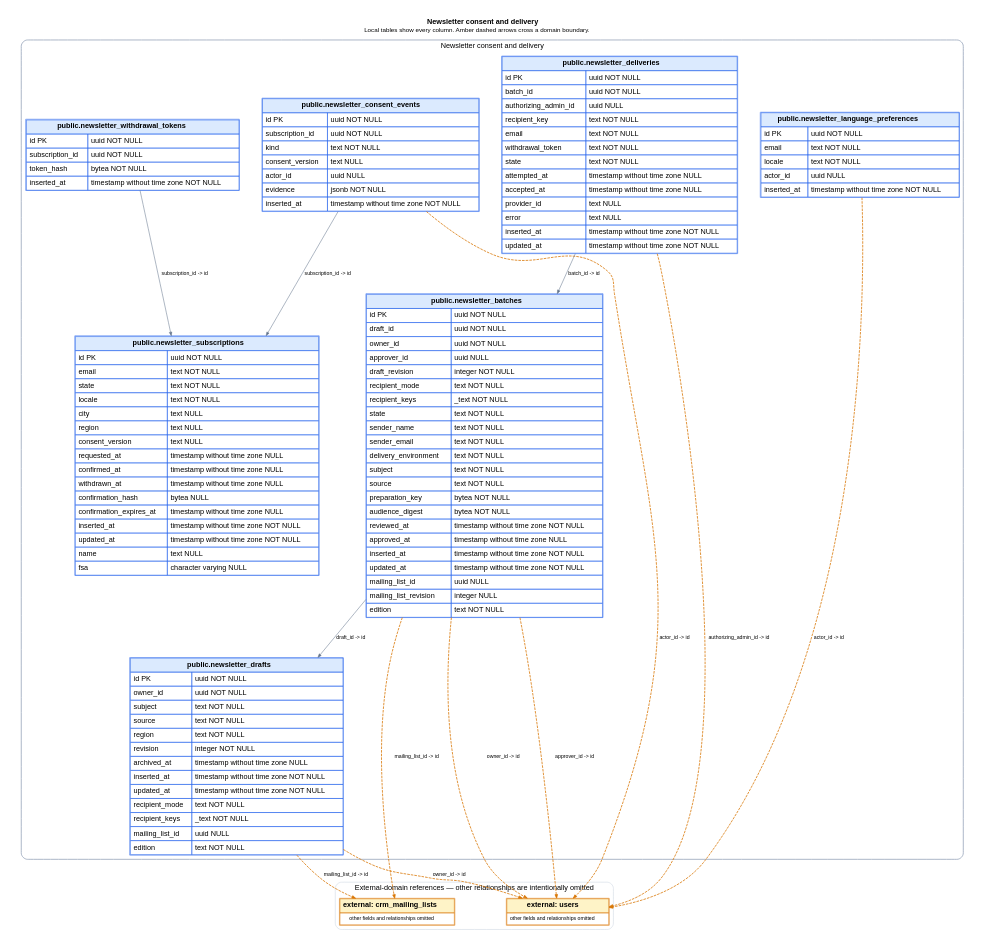
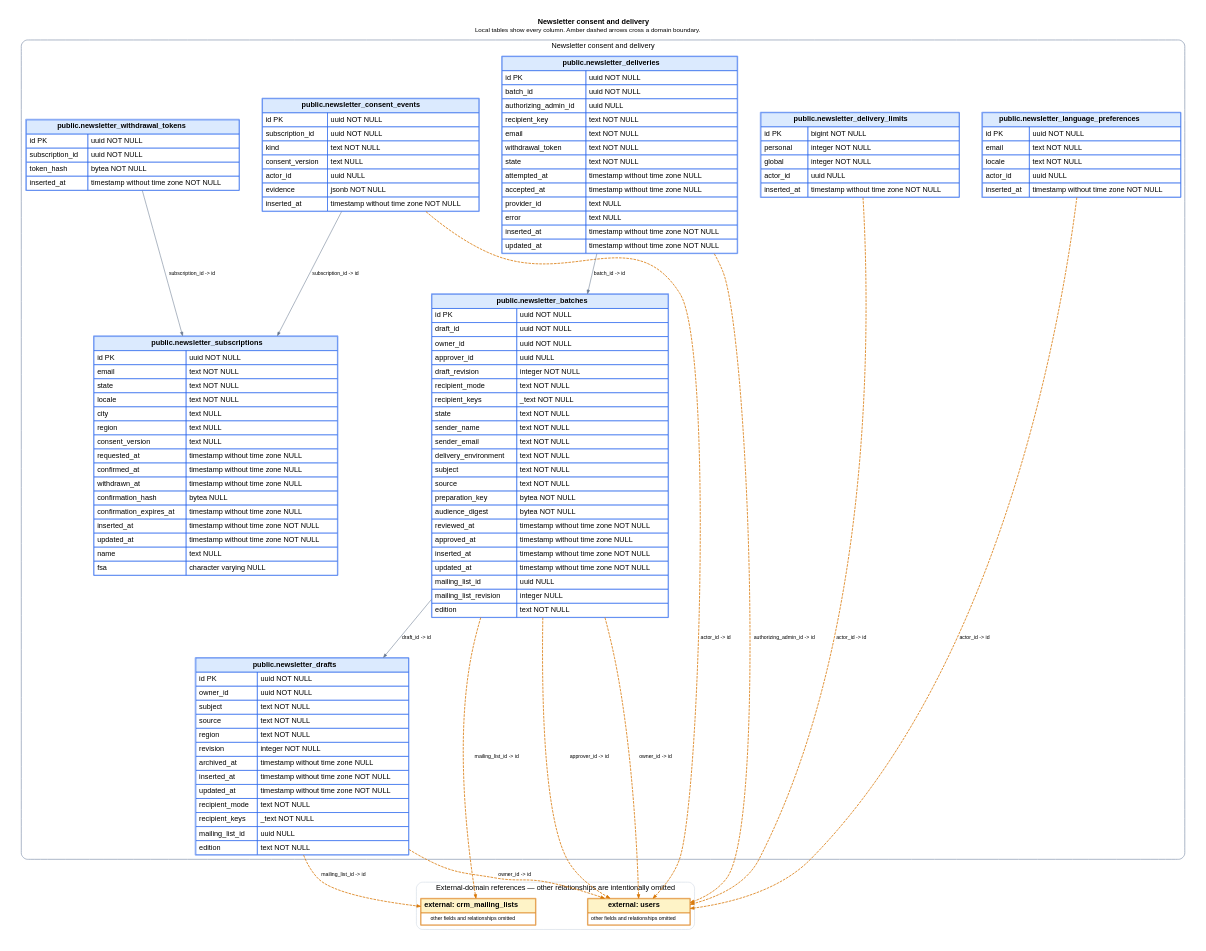
The diagram in docs/schema/domains/newsletter.dot (ogourment/pauseai.ca-website), drawn with Graphviz before and after one commit. The commit also changed 15 other files, not shown here.

Commit message:
Allow administrators to save newsletter hourly sending limits

```diff
--- a/docs/schema/domains/newsletter.dot
+++ b/docs/schema/domains/newsletter.dot
@@ -1,97 +1,105 @@
 digraph newsletter {
   graph [rankdir=TB, bgcolor="white", pad=0.35, nodesep=0.6, ranksep=0.9, fontname="Helvetica"];
   node [shape=plain, fontname="Helvetica"];
   edge [fontname="Helvetica", fontsize=10, arrowsize=0.7];
   labelloc="t";
   label=< <B>Newsletter consent and delivery</B><BR/><FONT POINT-SIZE="12">Local tables show every column. Amber dashed arrows cross a domain boundary.</FONT> >;
 
   subgraph cluster_local {
     label="Newsletter consent and delivery";
     color="#94a3b8";
     penwidth=1.5;
     style="rounded";
+  "newsletter_delivery_limits" [label=<
+    <TABLE BORDER="1" CELLBORDER="1" CELLSPACING="0" CELLPADDING="5" COLOR="#2563eb">
+      <TR><TD BGCOLOR="#dbeafe" COLSPAN="2"><B>public.newsletter_delivery_limits</B></TD></TR>
+      <TR><TD ALIGN="LEFT">id PK</TD><TD ALIGN="LEFT">bigint NOT NULL</TD></TR><TR><TD ALIGN="LEFT">personal</TD><TD ALIGN="LEFT">integer NOT NULL</TD></TR><TR><TD ALIGN="LEFT">global</TD><TD ALIGN="LEFT">integer NOT NULL</TD></TR><TR><TD ALIGN="LEFT">actor_id</TD><TD ALIGN="LEFT">uuid NULL</TD></TR><TR><TD ALIGN="LEFT">inserted_at</TD><TD ALIGN="LEFT">timestamp without time zone NOT NULL</TD></TR>
+    </TABLE>
+  >];
+
   "newsletter_language_preferences" [label=<
     <TABLE BORDER="1" CELLBORDER="1" CELLSPACING="0" CELLPADDING="5" COLOR="#2563eb">
       <TR><TD BGCOLOR="#dbeafe" COLSPAN="2"><B>public.newsletter_language_preferences</B></TD></TR>
       <TR><TD ALIGN="LEFT">id PK</TD><TD ALIGN="LEFT">uuid NOT NULL</TD></TR><TR><TD ALIGN="LEFT">email</TD><TD ALIGN="LEFT">text NOT NULL</TD></TR><TR><TD ALIGN="LEFT">locale</TD><TD ALIGN="LEFT">text NOT NULL</TD></TR><TR><TD ALIGN="LEFT">actor_id</TD><TD ALIGN="LEFT">uuid NULL</TD></TR><TR><TD ALIGN="LEFT">inserted_at</TD><TD ALIGN="LEFT">timestamp without time zone NOT NULL</TD></TR>
     </TABLE>
   >];
 
   "newsletter_subscriptions" [label=<
     <TABLE BORDER="1" CELLBORDER="1" CELLSPACING="0" CELLPADDING="5" COLOR="#2563eb">
       <TR><TD BGCOLOR="#dbeafe" COLSPAN="2"><B>public.newsletter_subscriptions</B></TD></TR>
       <TR><TD ALIGN="LEFT">id PK</TD><TD ALIGN="LEFT">uuid NOT NULL</TD></TR><TR><TD ALIGN="LEFT">email</TD><TD ALIGN="LEFT">text NOT NULL</TD></TR><TR><TD ALIGN="LEFT">state</TD><TD ALIGN="LEFT">text NOT NULL</TD></TR><TR><TD ALIGN="LEFT">locale</TD><TD ALIGN="LEFT">text NOT NULL</TD></TR><TR><TD ALIGN="LEFT">city</TD><TD ALIGN="LEFT">text NULL</TD></TR><TR><TD ALIGN="LEFT">region</TD><TD ALIGN="LEFT">text NULL</TD></TR><TR><TD ALIGN="LEFT">consent_version</TD><TD ALIGN="LEFT">text NULL</TD></TR><TR><TD ALIGN="LEFT">requested_at</TD><TD ALIGN="LEFT">timestamp without time zone NULL</TD></TR><TR><TD ALIGN="LEFT">confirmed_at</TD><TD ALIGN="LEFT">timestamp without time zone NULL</TD></TR><TR><TD ALIGN="LEFT">withdrawn_at</TD><TD ALIGN="LEFT">timestamp without time zone NULL</TD></TR><TR><TD ALIGN="LEFT">confirmation_hash</TD><TD ALIGN="LEFT">bytea NULL</TD></TR><TR><TD ALIGN="LEFT">confirmation_expires_at</TD><TD ALIGN="LEFT">timestamp without time zone NULL</TD></TR><TR><TD ALIGN="LEFT">inserted_at</TD><TD ALIGN="LEFT">timestamp without time zone NOT NULL</TD></TR><TR><TD ALIGN="LEFT">updated_at</TD><TD ALIGN="LEFT">timestamp without time zone NOT NULL</TD></TR><TR><TD ALIGN="LEFT">name</TD><TD ALIGN="LEFT">text NULL</TD></TR><TR><TD ALIGN="LEFT">fsa</TD><TD ALIGN="LEFT">character varying NULL</TD></TR>
     </TABLE>
   >];
 
   "newsletter_consent_events" [label=<
     <TABLE BORDER="1" CELLBORDER="1" CELLSPACING="0" CELLPADDING="5" COLOR="#2563eb">
       <TR><TD BGCOLOR="#dbeafe" COLSPAN="2"><B>public.newsletter_consent_events</B></TD></TR>
       <TR><TD ALIGN="LEFT">id PK</TD><TD ALIGN="LEFT">uuid NOT NULL</TD></TR><TR><TD ALIGN="LEFT">subscription_id</TD><TD ALIGN="LEFT">uuid NOT NULL</TD></TR><TR><TD ALIGN="LEFT">kind</TD><TD ALIGN="LEFT">text NOT NULL</TD></TR><TR><TD ALIGN="LEFT">consent_version</TD><TD ALIGN="LEFT">text NULL</TD></TR><TR><TD ALIGN="LEFT">actor_id</TD><TD ALIGN="LEFT">uuid NULL</TD></TR><TR><TD ALIGN="LEFT">evidence</TD><TD ALIGN="LEFT">jsonb NOT NULL</TD></TR><TR><TD ALIGN="LEFT">inserted_at</TD><TD ALIGN="LEFT">timestamp without time zone NOT NULL</TD></TR>
     </TABLE>
   >];
 
   "newsletter_withdrawal_tokens" [label=<
     <TABLE BORDER="1" CELLBORDER="1" CELLSPACING="0" CELLPADDING="5" COLOR="#2563eb">
       <TR><TD BGCOLOR="#dbeafe" COLSPAN="2"><B>public.newsletter_withdrawal_tokens</B></TD></TR>
       <TR><TD ALIGN="LEFT">id PK</TD><TD ALIGN="LEFT">uuid NOT NULL</TD></TR><TR><TD ALIGN="LEFT">subscription_id</TD><TD ALIGN="LEFT">uuid NOT NULL</TD></TR><TR><TD ALIGN="LEFT">token_hash</TD><TD ALIGN="LEFT">bytea NOT NULL</TD></TR><TR><TD ALIGN="LEFT">inserted_at</TD><TD ALIGN="LEFT">timestamp without time zone NOT NULL</TD></TR>
     </TABLE>
   >];
 
   "newsletter_drafts" [label=<
     <TABLE BORDER="1" CELLBORDER="1" CELLSPACING="0" CELLPADDING="5" COLOR="#2563eb">
       <TR><TD BGCOLOR="#dbeafe" COLSPAN="2"><B>public.newsletter_drafts</B></TD></TR>
       <TR><TD ALIGN="LEFT">id PK</TD><TD ALIGN="LEFT">uuid NOT NULL</TD></TR><TR><TD ALIGN="LEFT">owner_id</TD><TD ALIGN="LEFT">uuid NOT NULL</TD></TR><TR><TD ALIGN="LEFT">subject</TD><TD ALIGN="LEFT">text NOT NULL</TD></TR><TR><TD ALIGN="LEFT">source</TD><TD ALIGN="LEFT">text NOT NULL</TD></TR><TR><TD ALIGN="LEFT">region</TD><TD ALIGN="LEFT">text NOT NULL</TD></TR><TR><TD ALIGN="LEFT">revision</TD><TD ALIGN="LEFT">integer NOT NULL</TD></TR><TR><TD ALIGN="LEFT">archived_at</TD><TD ALIGN="LEFT">timestamp without time zone NULL</TD></TR><TR><TD ALIGN="LEFT">inserted_at</TD><TD ALIGN="LEFT">timestamp without time zone NOT NULL</TD></TR><TR><TD ALIGN="LEFT">updated_at</TD><TD ALIGN="LEFT">timestamp without time zone NOT NULL</TD></TR><TR><TD ALIGN="LEFT">recipient_mode</TD><TD ALIGN="LEFT">text NOT NULL</TD></TR><TR><TD ALIGN="LEFT">recipient_keys</TD><TD ALIGN="LEFT">_text NOT NULL</TD></TR><TR><TD ALIGN="LEFT">mailing_list_id</TD><TD ALIGN="LEFT">uuid NULL</TD></TR><TR><TD ALIGN="LEFT">edition</TD><TD ALIGN="LEFT">text NOT NULL</TD></TR>
     </TABLE>
   >];
 
   "newsletter_batches" [label=<
     <TABLE BORDER="1" CELLBORDER="1" CELLSPACING="0" CELLPADDING="5" COLOR="#2563eb">
       <TR><TD BGCOLOR="#dbeafe" COLSPAN="2"><B>public.newsletter_batches</B></TD></TR>
       <TR><TD ALIGN="LEFT">id PK</TD><TD ALIGN="LEFT">uuid NOT NULL</TD></TR><TR><TD ALIGN="LEFT">draft_id</TD><TD ALIGN="LEFT">uuid NOT NULL</TD></TR><TR><TD ALIGN="LEFT">owner_id</TD><TD ALIGN="LEFT">uuid NOT NULL</TD></TR><TR><TD ALIGN="LEFT">approver_id</TD><TD ALIGN="LEFT">uuid NULL</TD></TR><TR><TD ALIGN="LEFT">draft_revision</TD><TD ALIGN="LEFT">integer NOT NULL</TD></TR><TR><TD ALIGN="LEFT">recipient_mode</TD><TD ALIGN="LEFT">text NOT NULL</TD></TR><TR><TD ALIGN="LEFT">recipient_keys</TD><TD ALIGN="LEFT">_text NOT NULL</TD></TR><TR><TD ALIGN="LEFT">state</TD><TD ALIGN="LEFT">text NOT NULL</TD></TR><TR><TD ALIGN="LEFT">sender_name</TD><TD ALIGN="LEFT">text NOT NULL</TD></TR><TR><TD ALIGN="LEFT">sender_email</TD><TD ALIGN="LEFT">text NOT NULL</TD></TR><TR><TD ALIGN="LEFT">delivery_environment</TD><TD ALIGN="LEFT">text NOT NULL</TD></TR><TR><TD ALIGN="LEFT">subject</TD><TD ALIGN="LEFT">text NOT NULL</TD></TR><TR><TD ALIGN="LEFT">source</TD><TD ALIGN="LEFT">text NOT NULL</TD></TR><TR><TD ALIGN="LEFT">preparation_key</TD><TD ALIGN="LEFT">bytea NOT NULL</TD></TR><TR><TD ALIGN="LEFT">audience_digest</TD><TD ALIGN="LEFT">bytea NOT NULL</TD></TR><TR><TD ALIGN="LEFT">reviewed_at</TD><TD ALIGN="LEFT">timestamp without time zone NOT NULL</TD></TR><TR><TD ALIGN="LEFT">approved_at</TD><TD ALIGN="LEFT">timestamp without time zone NULL</TD></TR><TR><TD ALIGN="LEFT">inserted_at</TD><TD ALIGN="LEFT">timestamp without time zone NOT NULL</TD></TR><TR><TD ALIGN="LEFT">updated_at</TD><TD ALIGN="LEFT">timestamp without time zone NOT NULL</TD></TR><TR><TD ALIGN="LEFT">mailing_list_id</TD><TD ALIGN="LEFT">uuid NULL</TD></TR><TR><TD ALIGN="LEFT">mailing_list_revision</TD><TD ALIGN="LEFT">integer NULL</TD></TR><TR><TD ALIGN="LEFT">edition</TD><TD ALIGN="LEFT">text NOT NULL</TD></TR>
     </TABLE>
   >];
 
   "newsletter_deliveries" [label=<
     <TABLE BORDER="1" CELLBORDER="1" CELLSPACING="0" CELLPADDING="5" COLOR="#2563eb">
       <TR><TD BGCOLOR="#dbeafe" COLSPAN="2"><B>public.newsletter_deliveries</B></TD></TR>
       <TR><TD ALIGN="LEFT">id PK</TD><TD ALIGN="LEFT">uuid NOT NULL</TD></TR><TR><TD ALIGN="LEFT">batch_id</TD><TD ALIGN="LEFT">uuid NOT NULL</TD></TR><TR><TD ALIGN="LEFT">authorizing_admin_id</TD><TD ALIGN="LEFT">uuid NULL</TD></TR><TR><TD ALIGN="LEFT">recipient_key</TD><TD ALIGN="LEFT">text NOT NULL</TD></TR><TR><TD ALIGN="LEFT">email</TD><TD ALIGN="LEFT">text NOT NULL</TD></TR><TR><TD ALIGN="LEFT">withdrawal_token</TD><TD ALIGN="LEFT">text NOT NULL</TD></TR><TR><TD ALIGN="LEFT">state</TD><TD ALIGN="LEFT">text NOT NULL</TD></TR><TR><TD ALIGN="LEFT">attempted_at</TD><TD ALIGN="LEFT">timestamp without time zone NULL</TD></TR><TR><TD ALIGN="LEFT">accepted_at</TD><TD ALIGN="LEFT">timestamp without time zone NULL</TD></TR><TR><TD ALIGN="LEFT">provider_id</TD><TD ALIGN="LEFT">text NULL</TD></TR><TR><TD ALIGN="LEFT">error</TD><TD ALIGN="LEFT">text NULL</TD></TR><TR><TD ALIGN="LEFT">inserted_at</TD><TD ALIGN="LEFT">timestamp without time zone NOT NULL</TD></TR><TR><TD ALIGN="LEFT">updated_at</TD><TD ALIGN="LEFT">timestamp without time zone NOT NULL</TD></TR>
     </TABLE>
   >];
 
   }
 
   subgraph cluster_external {
     label="External-domain references — other relationships are intentionally omitted";
     color="#cbd5e1";
     penwidth=1;
     style="rounded";
   "crm_mailing_lists" [label=<
     <TABLE BORDER="1" CELLBORDER="1" CELLSPACING="0" CELLPADDING="5" COLOR="#d97706">
       <TR><TD BGCOLOR="#fef3c7"><B>external: crm_mailing_lists</B></TD></TR>
       <TR><TD><FONT POINT-SIZE="10">other fields and relationships omitted</FONT></TD></TR>
     </TABLE>
   >];
 
   "users" [label=<
     <TABLE BORDER="1" CELLBORDER="1" CELLSPACING="0" CELLPADDING="5" COLOR="#d97706">
       <TR><TD BGCOLOR="#fef3c7"><B>external: users</B></TD></TR>
       <TR><TD><FONT POINT-SIZE="10">other fields and relationships omitted</FONT></TD></TR>
     </TABLE>
   >];
 
   }
 
   "newsletter_batches" -> "users" [label="approver_id -> id", color="#d97706", style="dashed", penwidth=1.5];
   "newsletter_batches" -> "newsletter_drafts" [label="draft_id -> id", color="#64748b"];
   "newsletter_batches" -> "crm_mailing_lists" [label="mailing_list_id -> id", color="#d97706", style="dashed", penwidth=1.5];
   "newsletter_batches" -> "users" [label="owner_id -> id", color="#d97706", style="dashed", penwidth=1.5];
   "newsletter_consent_events" -> "users" [label="actor_id -> id", color="#d97706", style="dashed", penwidth=1.5];
   "newsletter_consent_events" -> "newsletter_subscriptions" [label="subscription_id -> id", color="#64748b"];
   "newsletter_deliveries" -> "users" [label="authorizing_admin_id -> id", color="#d97706", style="dashed", penwidth=1.5];
   "newsletter_deliveries" -> "newsletter_batches" [label="batch_id -> id", color="#64748b"];
+  "newsletter_delivery_limits" -> "users" [label="actor_id -> id", color="#d97706", style="dashed", penwidth=1.5];
   "newsletter_drafts" -> "crm_mailing_lists" [label="mailing_list_id -> id", color="#d97706", style="dashed", penwidth=1.5];
   "newsletter_drafts" -> "users" [label="owner_id -> id", color="#d97706", style="dashed", penwidth=1.5];
   "newsletter_language_preferences" -> "users" [label="actor_id -> id", color="#d97706", style="dashed", penwidth=1.5];
   "newsletter_withdrawal_tokens" -> "newsletter_subscriptions" [label="subscription_id -> id", color="#64748b"];
 }
```
